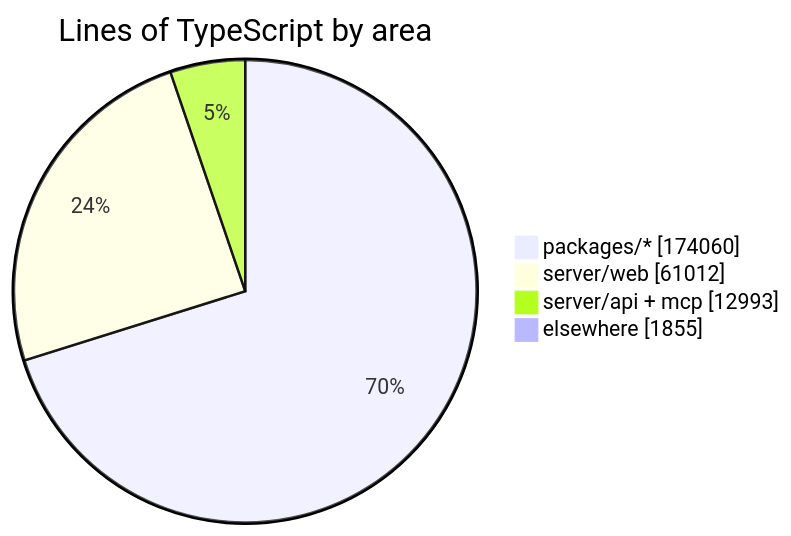
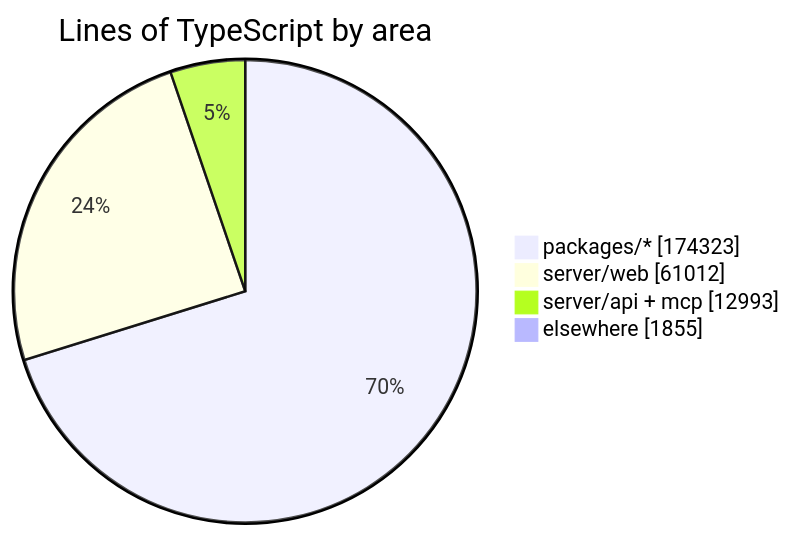
Before and after one commit to crossworks-engineering/mantle: the diagram in README.md, drawn with Mermaid. The commit also changed other lines of this file and 2 other files, not shown here.

````diff
--- a/README.md
+++ b/README.md
@@ -279,7 +279,7 @@
 ```mermaid
 pie showData title Lines of TypeScript by area
-    "packages/*" : 174060
+    "packages/*" : 174323
     "server/web" : 61012
     "server/api + mcp" : 12993
     "elsewhere" : 1855
 ```
````
